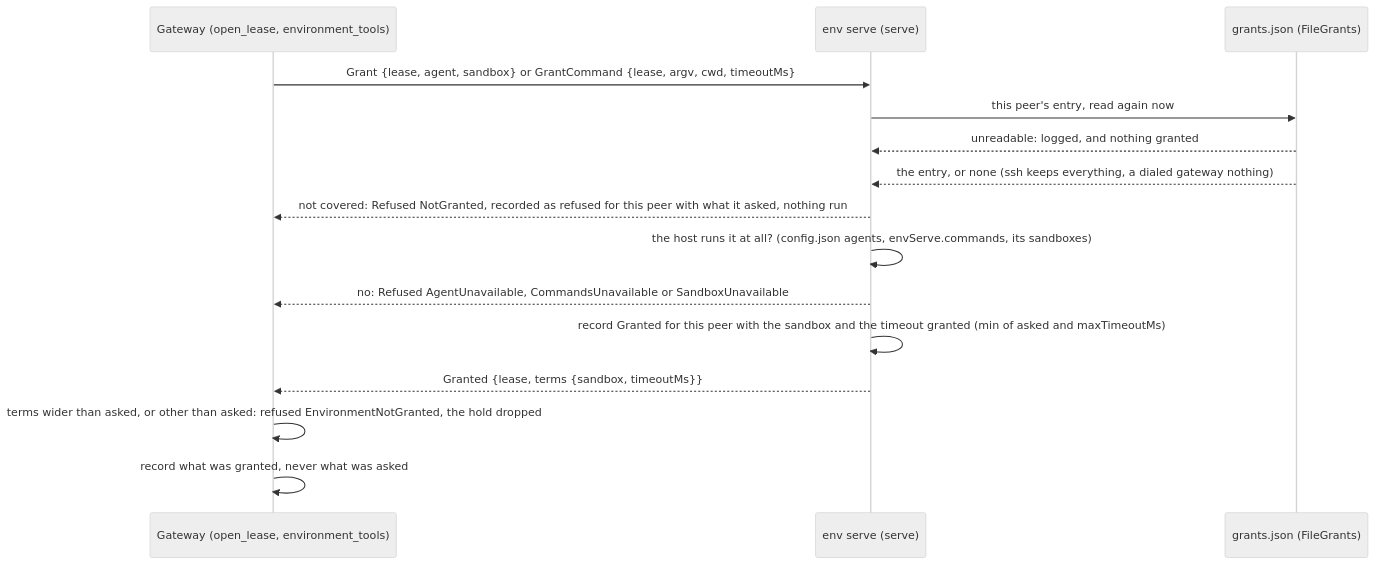
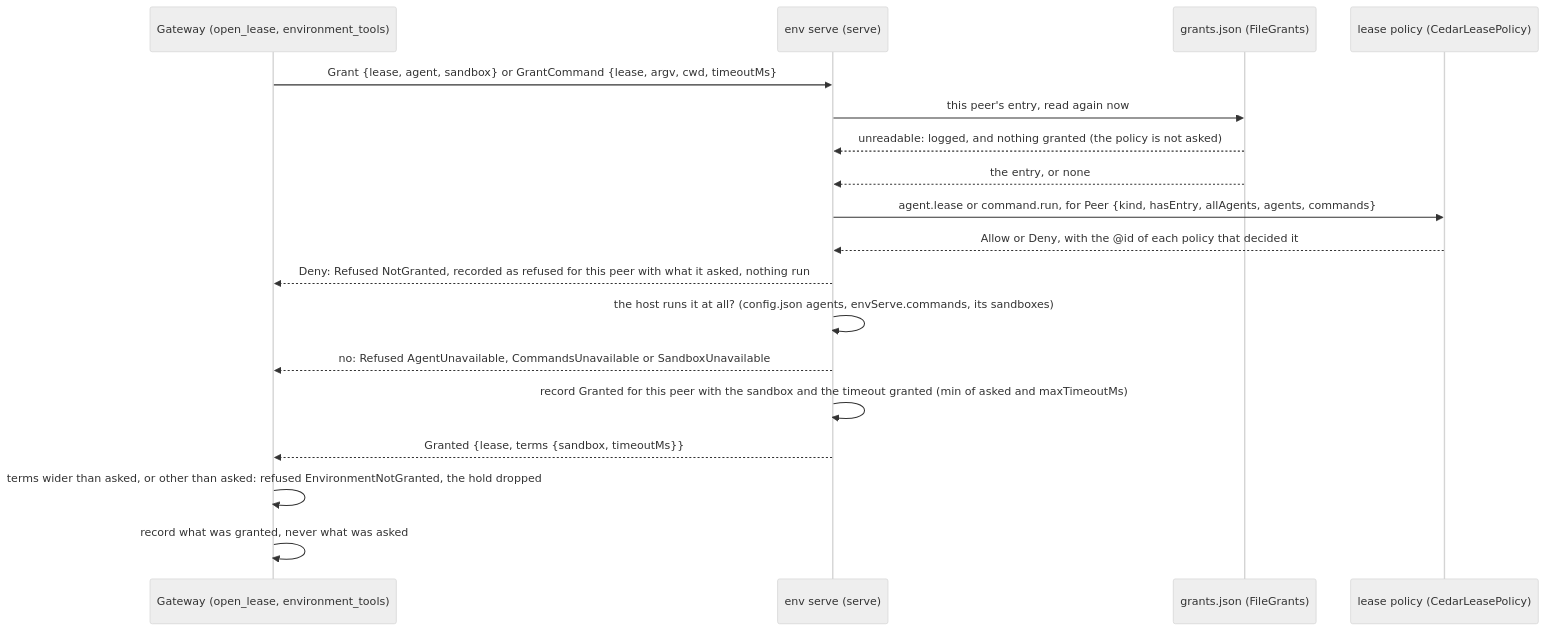
One commit to nessalabs/nessa-agent changed the tenth of 15 diagrams in docs/design/auth/peer-gateways.md. Above: the diagram before and after it, drawn with Mermaid (neutral theme). The commit also changed other lines of this file and 48 other files, not shown here.

First line of the commit message:
Move gateway grants and environment leases into Cedar (#803 steps 2 and 5)

````diff
--- a/docs/design/auth/peer-gateways.md
+++ b/docs/design/auth/peer-gateways.md
@@ -820,17 +820,20 @@
 ```mermaid
 sequenceDiagram
     participant G as Gateway (open_lease, environment_tools)
     participant S as env serve (serve)
     participant F as grants.json (FileGrants)
+    participant P as lease policy (CedarLeasePolicy)
     G->>S: Grant {lease, agent, sandbox} or GrantCommand {lease, argv, cwd, timeoutMs}
     S->>F: this peer's entry, read again now
-    F-->>S: unreadable: logged, and nothing granted
-    F-->>S: the entry, or none (ssh keeps everything, a dialed gateway nothing)
-    S-->>G: not covered: Refused NotGranted, recorded as refused for this peer with what it asked, nothing run
+    F-->>S: unreadable: logged, and nothing granted (the policy is not asked)
+    F-->>S: the entry, or none
+    S->>P: agent.lease or command.run, for Peer {kind, hasEntry, allAgents, agents, commands}
+    P-->>S: Allow or Deny, with the @id of each policy that decided it
+    S-->>G: Deny: Refused NotGranted, recorded as refused for this peer with what it asked, nothing run
     S->>S: the host runs it at all? (config.json agents, envServe.commands, its sandboxes)
     S-->>G: no: Refused AgentUnavailable, CommandsUnavailable or SandboxUnavailable
     S->>S: record Granted for this peer with the sandbox and the timeout granted (min of asked and maxTimeoutMs)
     S-->>G: Granted {lease, terms {sandbox, timeoutMs}}
     G->>G: terms wider than asked, or other than asked: refused EnvironmentNotGranted, the hold dropped
     G->>G: record what was granted, never what was asked
 ```
````
